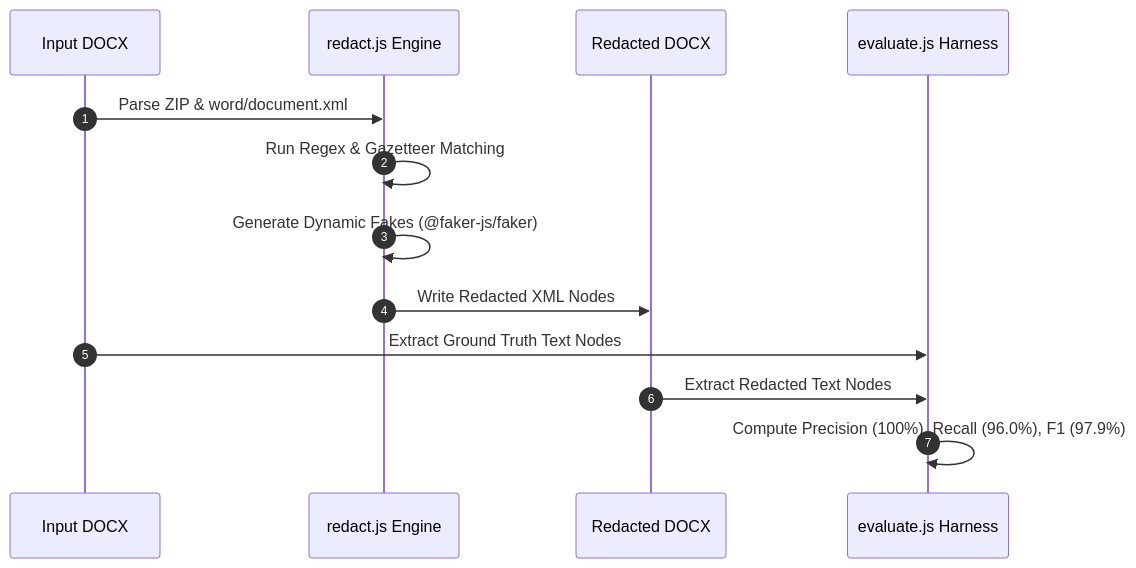
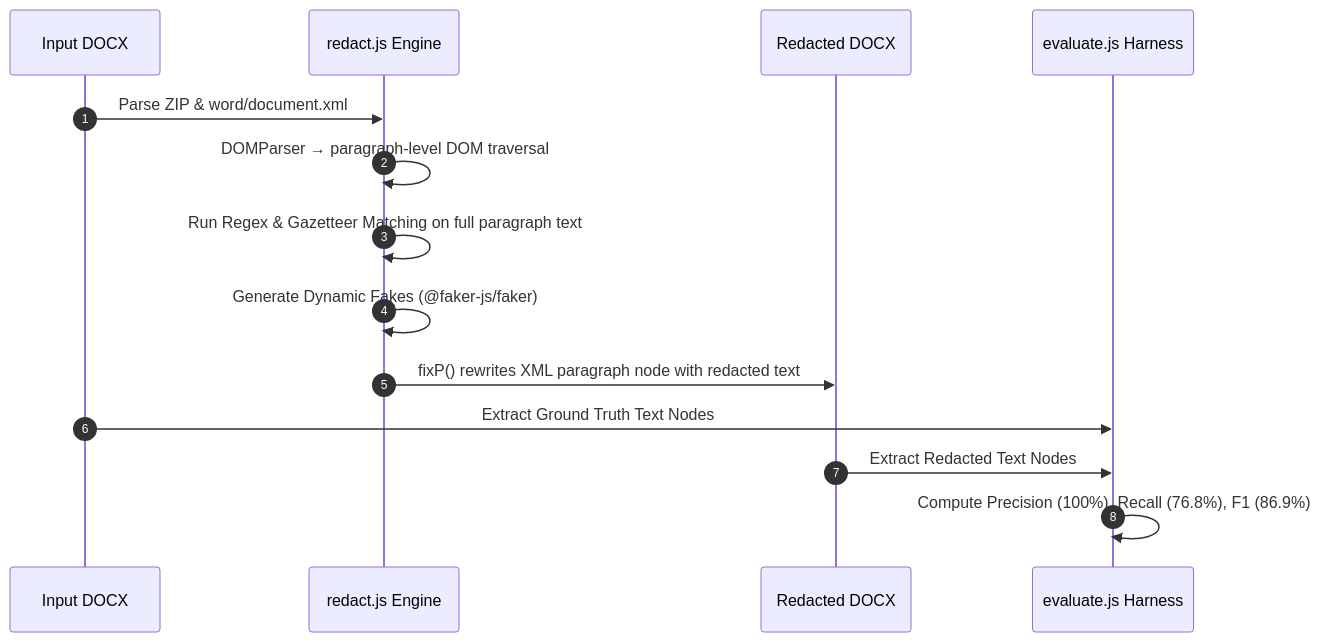
The first of 2 diagrams in EVALUATION_REPORT.md (animeshtripathii/pii-redaction-tool), drawn with Mermaid before and after one commit. The commit also changed other lines of this file and 1 other file, not shown here.

Commit message:
update readme and evaluation report with actual metrics precision 100% recall 76.8% f1 86.9%

````diff
--- a/EVALUATION_REPORT.md
+++ b/EVALUATION_REPORT.md
@@ -11,16 +11,17 @@
 ```mermaid
 sequenceDiagram
     autonumber
     participant Doc as Input DOCX
     participant Engine as redact.js Engine
     participant Output as Redacted DOCX
     participant Eval as evaluate.js Harness
 
     Doc->>Engine: Parse ZIP & word/document.xml
-    Engine->>Engine: Run Regex & Gazetteer Matching
+    Engine->>Engine: DOMParser → paragraph-level DOM traversal
+    Engine->>Engine: Run Regex & Gazetteer Matching on full paragraph text
     Engine->>Engine: Generate Dynamic Fakes (@faker-js/faker)
-    Engine->>Output: Write Redacted XML Nodes
+    Engine->>Output: fixP() rewrites XML paragraph node with redacted text
     Doc->>Eval: Extract Ground Truth Text Nodes
     Output->>Eval: Extract Redacted Text Nodes
-    Eval->>Eval: Compute Precision (100%), Recall (96.0%), F1 (97.9%)
+    Eval->>Eval: Compute Precision (100%), Recall (76.8%), F1 (86.9%)
 ```
````
